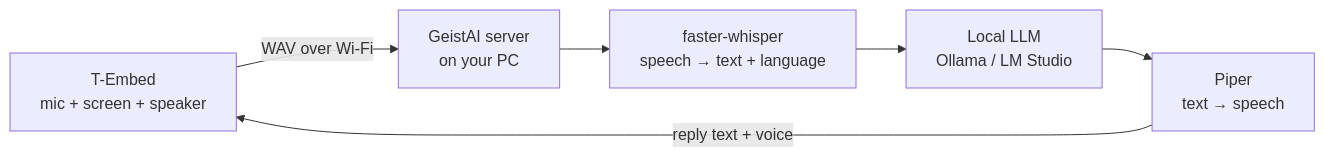
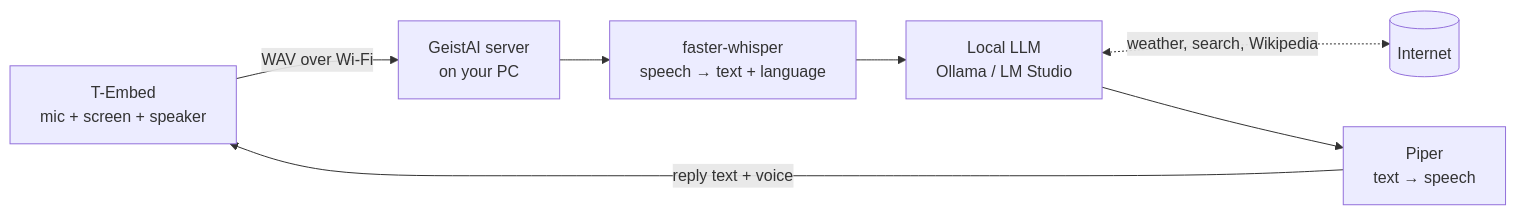
Before and after one commit to Geisterjaeger02/GeistAI: the diagram in README.md, drawn with Mermaid. The commit also changed other lines of this file and 10 other files, not shown here.

````diff
--- a/README.md
+++ b/README.md
@@ -34,8 +36,9 @@
 ```mermaid
 flowchart LR
     A[T-Embed<br/>mic + screen + speaker] -- WAV over Wi-Fi --> B[GeistAI server<br/>on your PC]
     B --> C[faster-whisper<br/>speech → text + language]
     C --> D[Local LLM<br/>Ollama / LM Studio]
+    D <-. weather, search, Wikipedia .-> W[(Internet)]
     D --> E[Piper<br/>text → speech]
     E -- reply text + voice --> A
 ```
````
